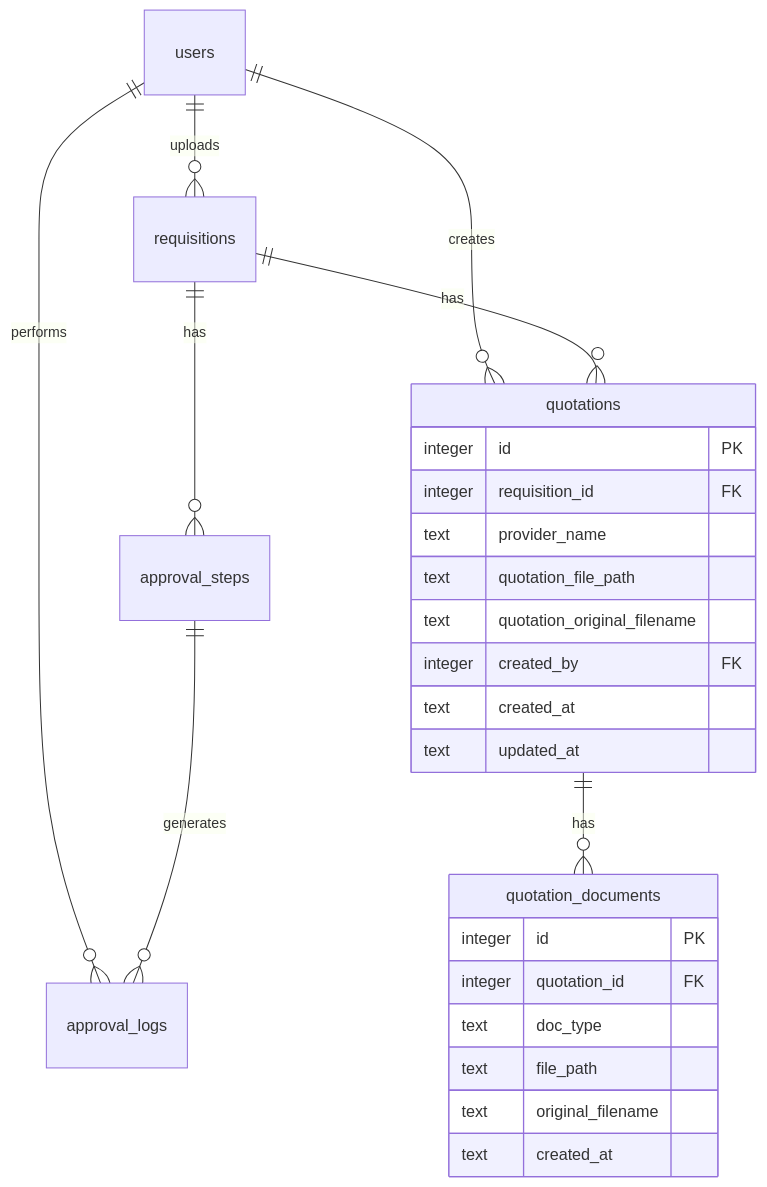
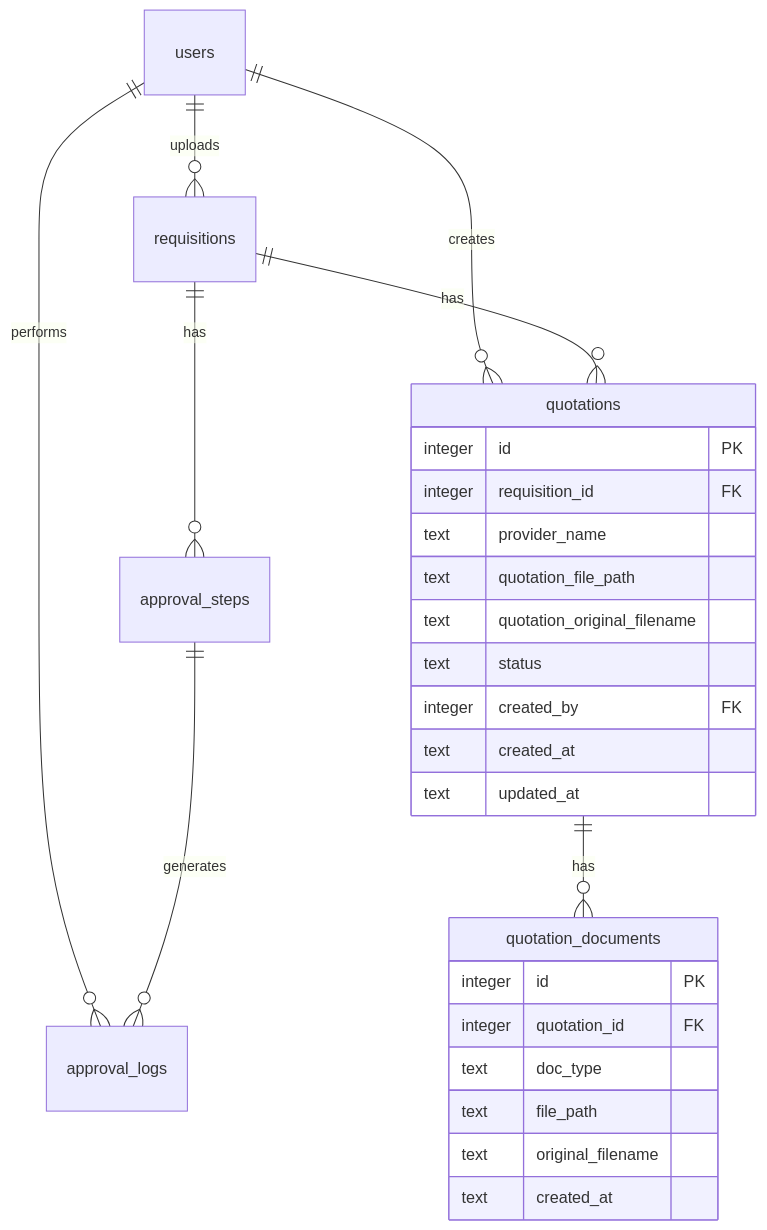
The first of 3 diagrams in plans/quotation-system-design.md (AndresFelipeGA/cid-aprueba), drawn with Mermaid before and after one commit. The commit also changed other lines of this file and 22 other files, not shown here.

````diff
--- a/plans/quotation-system-design.md
+++ b/plans/quotation-system-design.md
@@ -56,30 +57,31 @@
 ```mermaid
 erDiagram
     users ||--o{ requisitions : uploads
     users ||--o{ approval_logs : performs
     users ||--o{ quotations : creates
     requisitions ||--o{ approval_steps : has
     requisitions ||--o{ quotations : has
     approval_steps ||--o{ approval_logs : generates
     quotations ||--o{ quotation_documents : has
 
     quotations {
         integer id PK
         integer requisition_id FK
         text provider_name
         text quotation_file_path
         text quotation_original_filename
+        text status
         integer created_by FK
         text created_at
         text updated_at
     }
 
     quotation_documents {
         integer id PK
         integer quotation_id FK
         text doc_type
         text file_path
         text original_filename
         text created_at
     }
 ```
````
